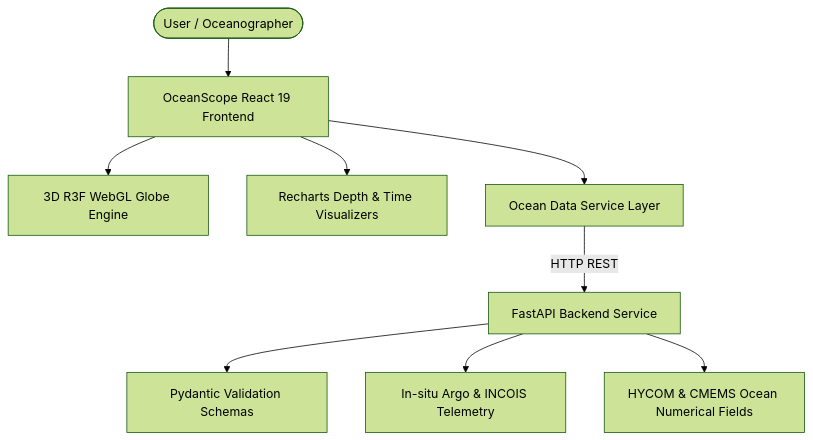
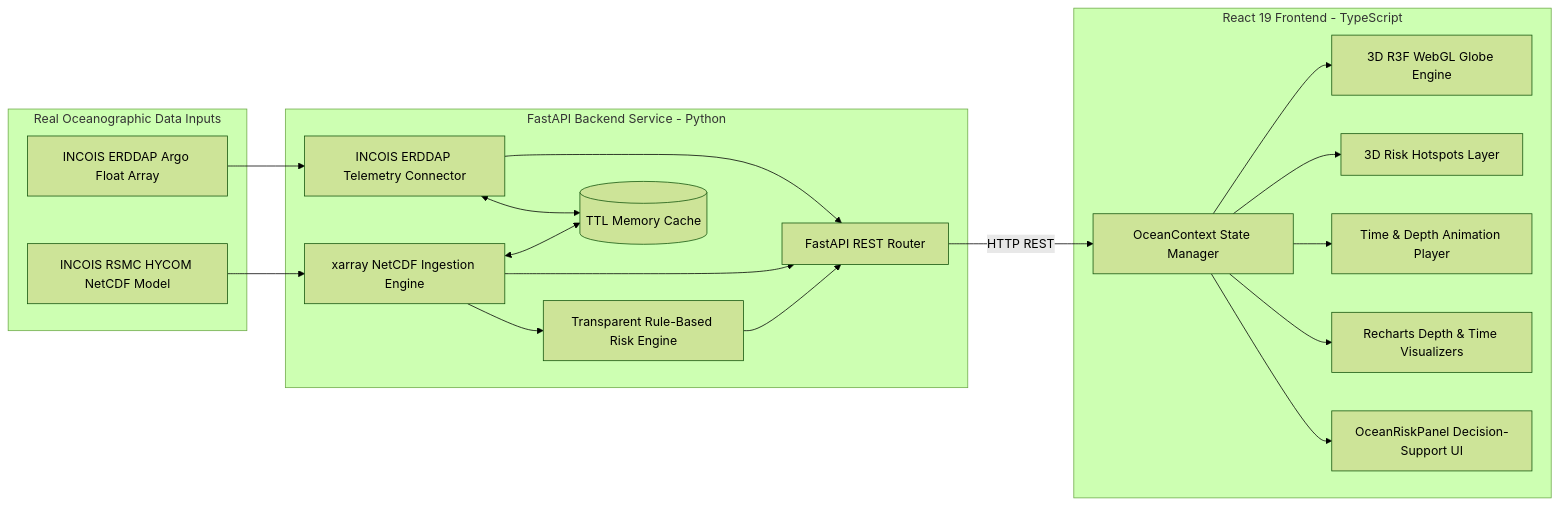
The diagram in OceanScope/README.md (kiransankpal4500/SIH-project-), drawn with Mermaid (forest theme) before and after one commit. The commit also changed other lines of this file and 75 other files, not shown here.

Commit message:
feat: add risk assessment, quality control, Docker support, and frontend enhancements

````diff
--- a/OceanScope/README.md
+++ b/OceanScope/README.md
@@ -31,11 +28,41 @@
 ```mermaid
-graph TD
-    User([User / Oceanographer]) --> ReactUI[OceanScope React 19 Frontend]
-    ReactUI --> R3FGlobe[3D R3F WebGL Globe Engine]
-    ReactUI --> AnalyticsCharts[Recharts Depth & Time Visualizers]
-    ReactUI --> ServiceLayer[Ocean Data Service Layer]
-    ServiceLayer -->|HTTP REST| FastAPICore[FastAPI Backend Service]
-    FastAPICore --> PydanticSchemas[Pydantic Validation Schemas]
-    FastAPICore --> ObservationData[In-situ Argo & INCOIS Telemetry]
-    FastAPICore --> ModelData[HYCOM & CMEMS Ocean Numerical Fields]
+graph LR
+    subgraph DataSources [Real Oceanographic Data Inputs]
+        Argo[INCOIS ERDDAP Argo Float Array]
+        HYCOM[INCOIS RSMC HYCOM NetCDF Model]
+    end
+
+    subgraph Backend [FastAPI Backend Service - Python]
+        Router[FastAPI REST Router]
+        ArgoService[INCOIS ERDDAP Telemetry Connector]
+        HycomService[xarray NetCDF Ingestion Engine]
+        RiskService[Transparent Rule-Based Risk Engine]
+        Cache[(TTL Memory Cache)]
+    end
+
+    subgraph Frontend [React 19 Frontend - TypeScript]
+        Store[OceanContext State Manager]
+        R3FGlobe[3D R3F WebGL Globe Engine]
+        RiskLayer[3D Risk Hotspots Layer]
+        DepthPlayer[Time & Depth Animation Player]
+        Analytics[Recharts Depth & Time Visualizers]
+        RiskPanel[OceanRiskPanel Decision-Support UI]
+    end
+
+    Argo --> ArgoService
+    HYCOM --> HycomService
+    ArgoService <--> Cache
+    HycomService <--> Cache
+
+    ArgoService --> Router
+    HycomService --> Router
+    HycomService --> RiskService
+    RiskService --> Router
+
+    Router -->|HTTP REST| Store
+    Store --> R3FGlobe
+    Store --> RiskLayer
+    Store --> DepthPlayer
+    Store --> Analytics
+    Store --> RiskPanel
 ```
````
